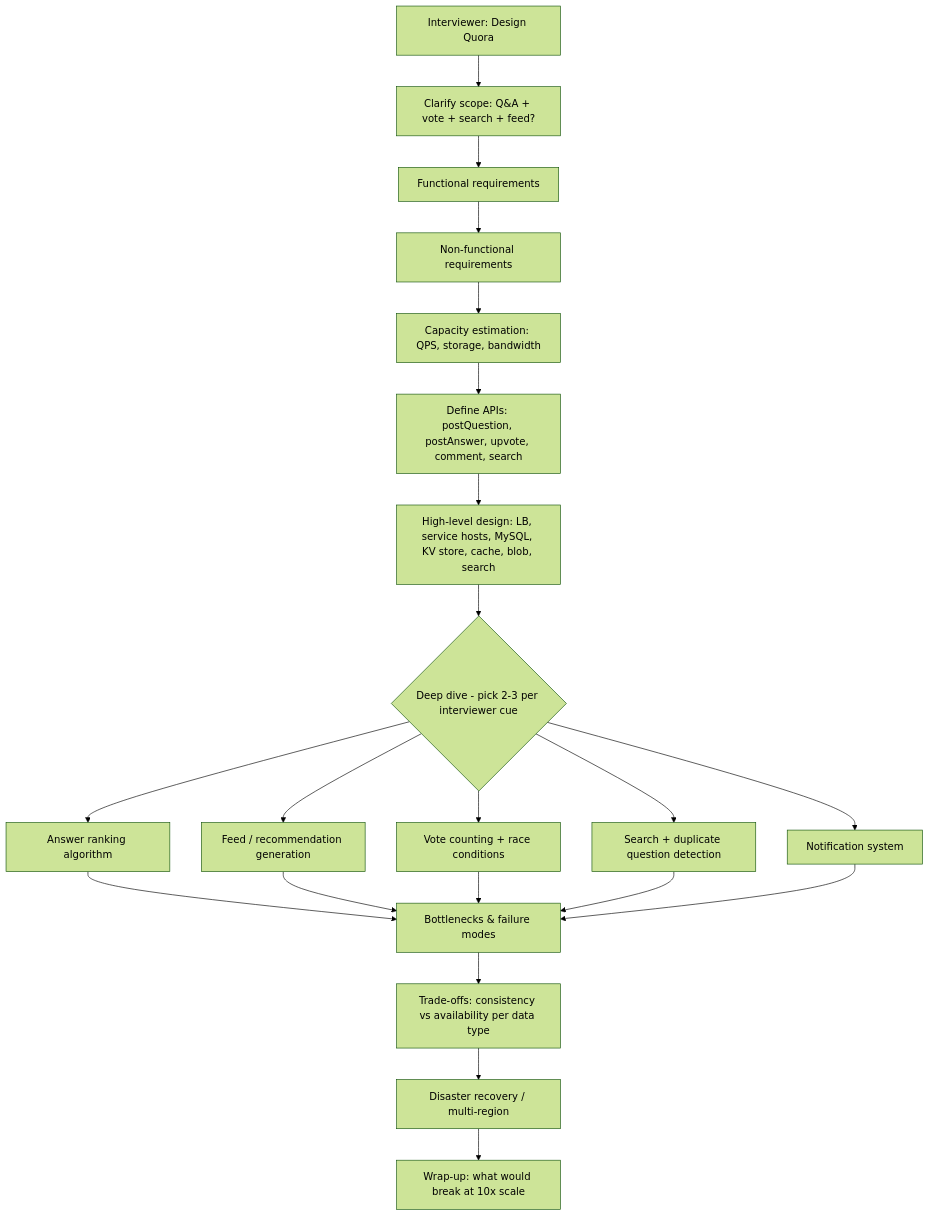
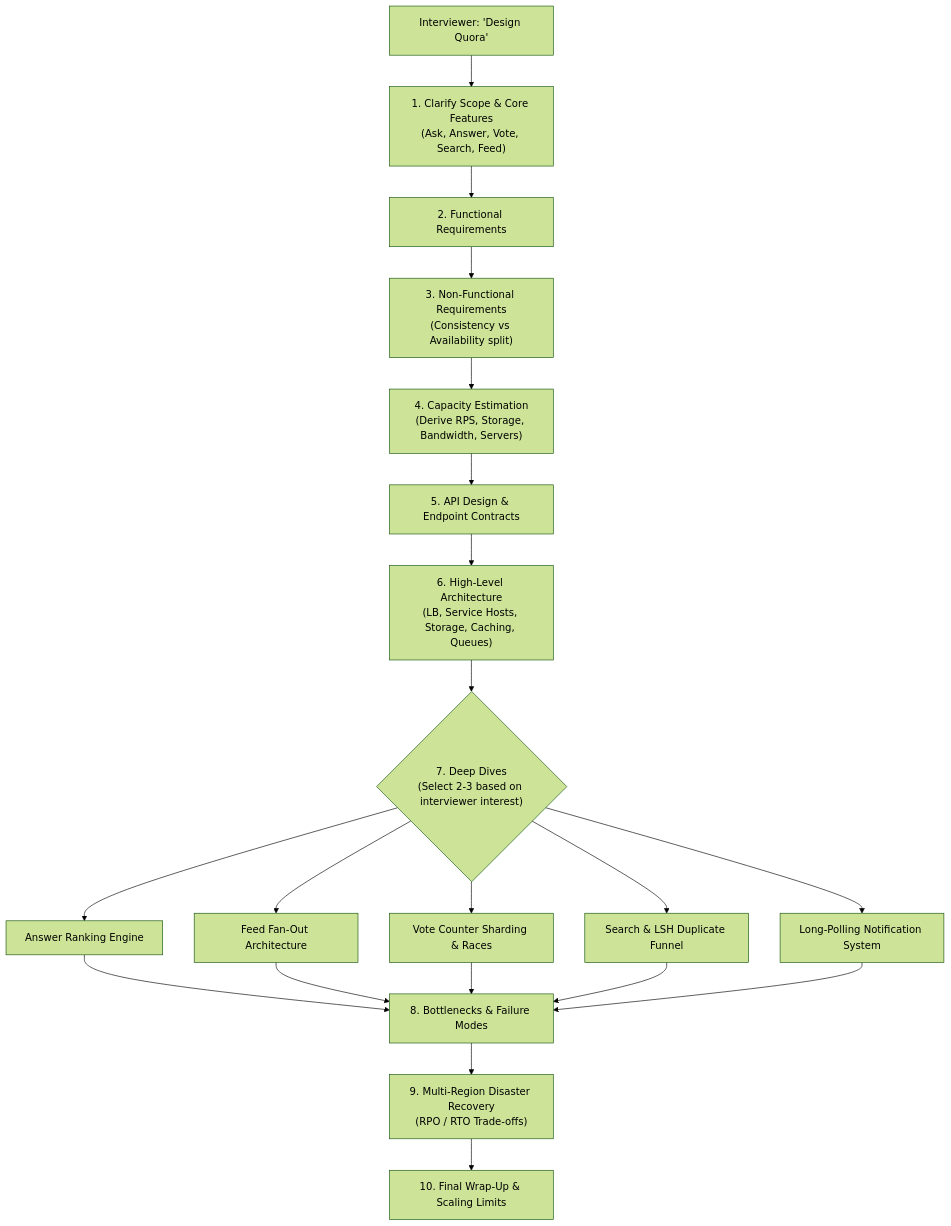
Before and after one commit to riyaz-pasha/Learnings: the first of 18 diagrams in system-design/HLD/0-course/27-Design Quora-FAANG-Guide.md, drawn with Mermaid (forest theme). The commit also changed other lines of this file and 1 other file, not shown here.

Commit message:
docs: simplify language, expand examples, and fix mermaid diagrams in Quora guide

````diff
--- a/system-design/HLD/0-course/27-Design Quora-FAANG-Guide.md
+++ b/system-design/HLD/0-course/27-Design Quora-FAANG-Guide.md
@@ -29,23 +50,25 @@
 ```mermaid
 flowchart TD
-    A[Interviewer: Design Quora] --> B[Clarify scope: Q&A + vote + search + feed?]
-    B --> C[Functional requirements]
-    C --> D[Non-functional requirements]
-    D --> E[Capacity estimation: QPS, storage, bandwidth]
-    E --> F[Define APIs: postQuestion, postAnswer, upvote, comment, search]
-    F --> G[High-level design: LB, service hosts, MySQL, KV store, cache, blob, search]
-    G --> H{Deep dive - pick 2-3 per interviewer cue}
-    H --> I[Answer ranking algorithm]
-    H --> J[Feed / recommendation generation]
-    H --> K[Vote counting + race conditions]
-    H --> L[Search + duplicate question detection]
-    H --> M[Notification system]
-    I --> N[Bottlenecks & failure modes]
+    A["Interviewer: 'Design Quora'"] --> B["1. Clarify Scope & Core Features\n(Ask, Answer, Vote, Search, Feed)"]
+    B --> C["2. Functional Requirements"]
+    C --> D["3. Non-Functional Requirements\n(Consistency vs Availability split)"]
+    D --> E["4. Capacity Estimation\n(Derive RPS, Storage, Bandwidth, Servers)"]
+    E --> F["5. API Design & Endpoint Contracts"]
+    F --> G["6. High-Level Architecture\n(LB, Service Hosts, Storage, Caching, Queues)"]
+    G --> H{"7. Deep Dives\n(Select 2-3 based on interviewer interest)"}
+    
+    H --> I["Answer Ranking Engine"]
+    H --> J["Feed Fan-Out Architecture"]
+    H --> K["Vote Counter Sharding & Races"]
+    H --> L["Search & LSH Duplicate Funnel"]
+    H --> M["Long-Polling Notification System"]
+    
+    I --> N["8. Bottlenecks & Failure Modes"]
     J --> N
     K --> N
     L --> N
     M --> N
-    N --> O[Trade-offs: consistency vs availability per data type]
-    O --> P[Disaster recovery / multi-region]
-    P --> Q[Wrap-up: what would break at 10x scale]
+    
+    N --> O["9. Multi-Region Disaster Recovery\n(RPO / RTO Trade-offs)"]
+    O --> P["10. Final Wrap-Up & Scaling Limits"]
 ```
````
